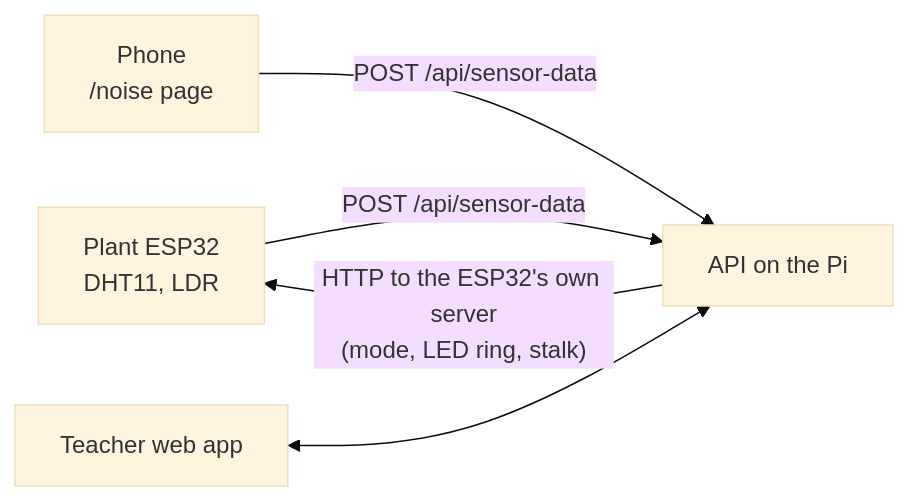
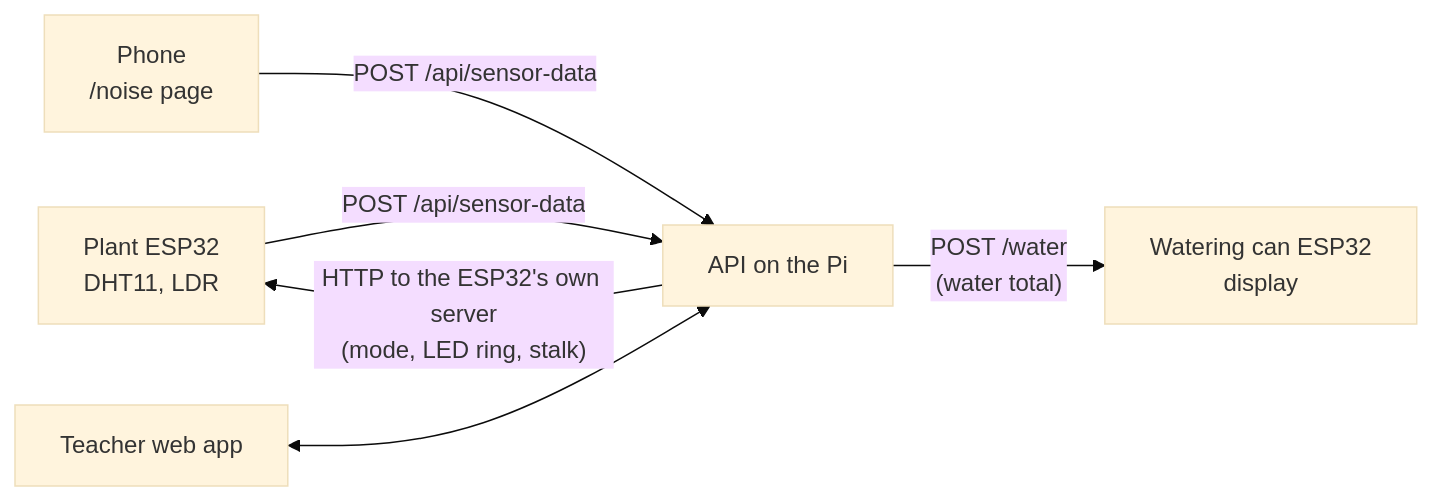
The diagram in docs/concept.md (Freunde-der-Socken/hackathon-fulda-2026), drawn with Mermaid (base theme) before and after one commit. The commit also changed 13 other files, not shown here.

First line of the commit message:
Send the water total to the watering can (GREEN-42) (#75)

````diff
--- a/docs/concept.md
+++ b/docs/concept.md
@@ -25,7 +25,8 @@
 ```mermaid
 flowchart LR
   plant["Plant ESP32<br/>DHT11, LDR"] -- "POST /api/sensor-data" --> api["API on the Pi"]
   phone["Phone<br/>/noise page"] -- "POST /api/sensor-data" --> api
   web["Teacher web app"] <--> api
   api -- "HTTP to the ESP32's own server<br/>(mode, LED ring, stalk)" --> plant
+  api -- "POST /water<br/>(water total)" --> can["Watering can ESP32<br/>display"]
 ```
````
